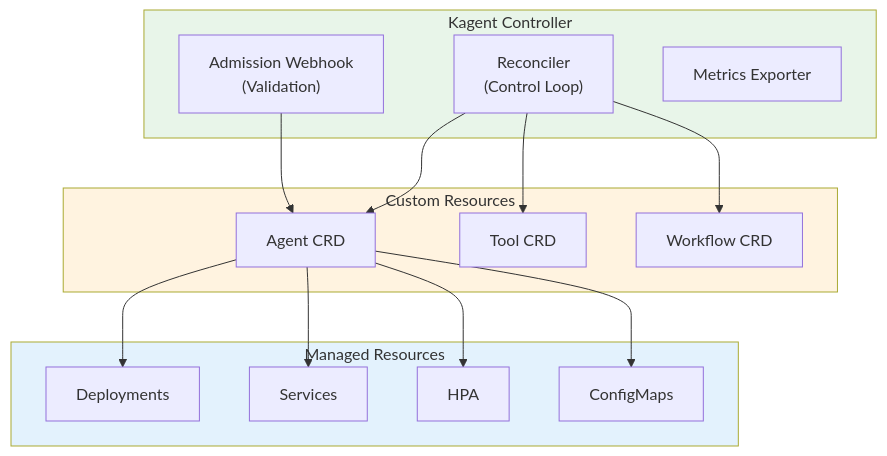
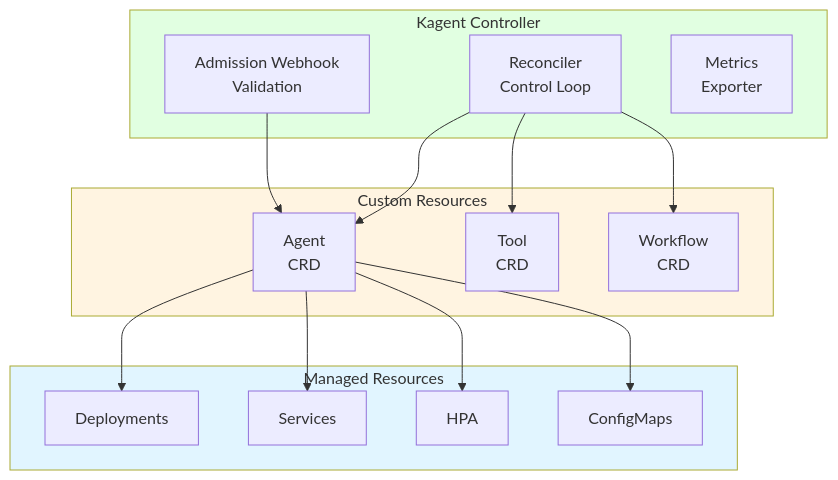
Before and after one commit to devfloor9/engineering-playbook: the fourth of 10 diagrams in docs/agentic-ai-platform/design-architecture/agentic-platform-architecture.md, drawn with Mermaid. The commit also changed other lines of this file and 24 other files, not shown here.

````diff
--- a/docs/agentic-ai-platform/design-architecture/agentic-platform-architecture.md
+++ b/docs/agentic-ai-platform/design-architecture/agentic-platform-architecture.md
@@ -262,34 +262,34 @@
 ```mermaid
-graph TB
-    subgraph KagentController["Kagent Controller"]
-        RECONCILER["Reconciler<br/>(Control Loop)"]
-        WEBHOOK["Admission Webhook<br/>(Validation)"]
-        METRICS["Metrics Exporter"]
+flowchart TD
+    subgraph Controller["Kagent Controller"]
+        RECONCILER["Reconciler<br/>Control Loop"]
+        WEBHOOK["Admission Webhook<br/>Validation"]
+        METRICS["Metrics<br/>Exporter"]
     end
 
     subgraph CRDs["Custom Resources"]
-        AGENT_CRD["Agent CRD"]
-        TOOL_CRD["Tool CRD"]
-        WORKFLOW_CRD["Workflow CRD"]
+        AGENT_CRD["Agent<br/>CRD"]
+        TOOL_CRD["Tool<br/>CRD"]
+        WORKFLOW_CRD["Workflow<br/>CRD"]
     end
 
-    subgraph ManagedResources["Managed Resources"]
+    subgraph Managed["Managed Resources"]
         DEPLOY["Deployments"]
         SVC["Services"]
         HPA["HPA"]
         CM["ConfigMaps"]
     end
 
     RECONCILER --> AGENT_CRD
     RECONCILER --> TOOL_CRD
     RECONCILER --> WORKFLOW_CRD
     WEBHOOK --> AGENT_CRD
     AGENT_CRD --> DEPLOY
     AGENT_CRD --> SVC
     AGENT_CRD --> HPA
     AGENT_CRD --> CM
 
-    style KagentController fill:#e8f5e9
-    style CRDs fill:#fff3e0
-    style ManagedResources fill:#e3f2fd
+    style Controller fill:#e1ffe1
+    style CRDs fill:#fff4e1
+    style Managed fill:#e1f5ff
 ```
````
